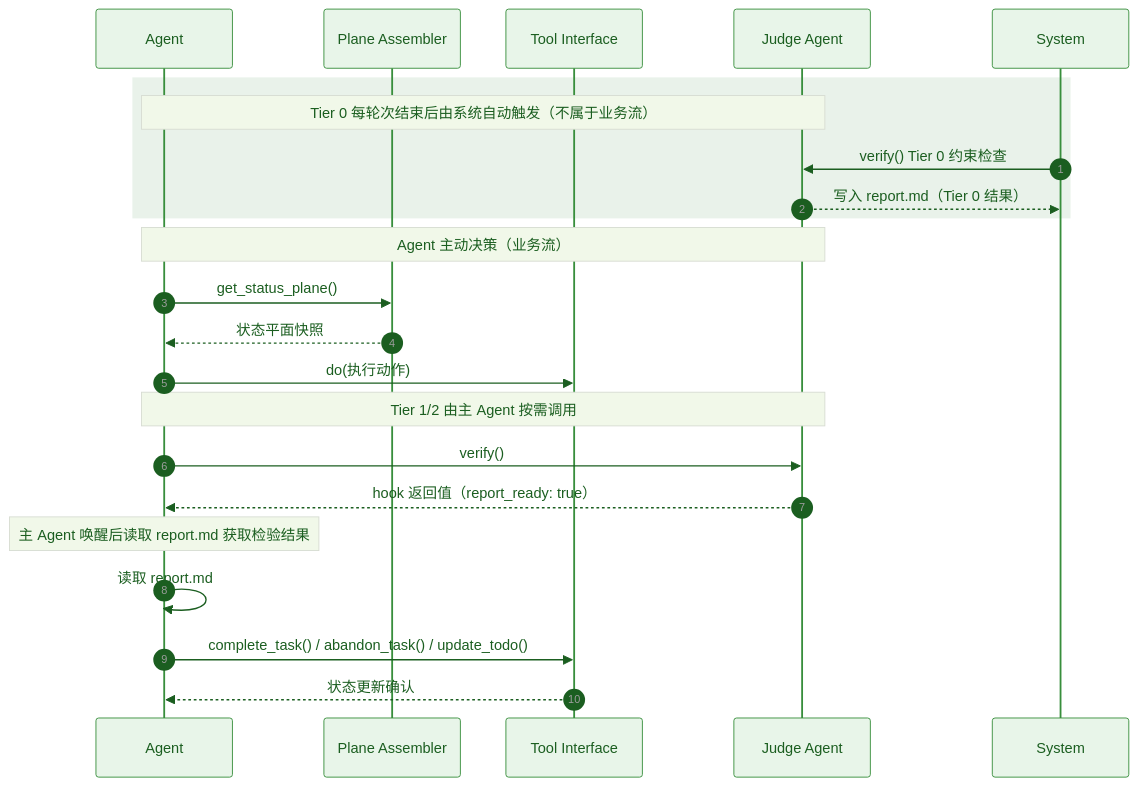
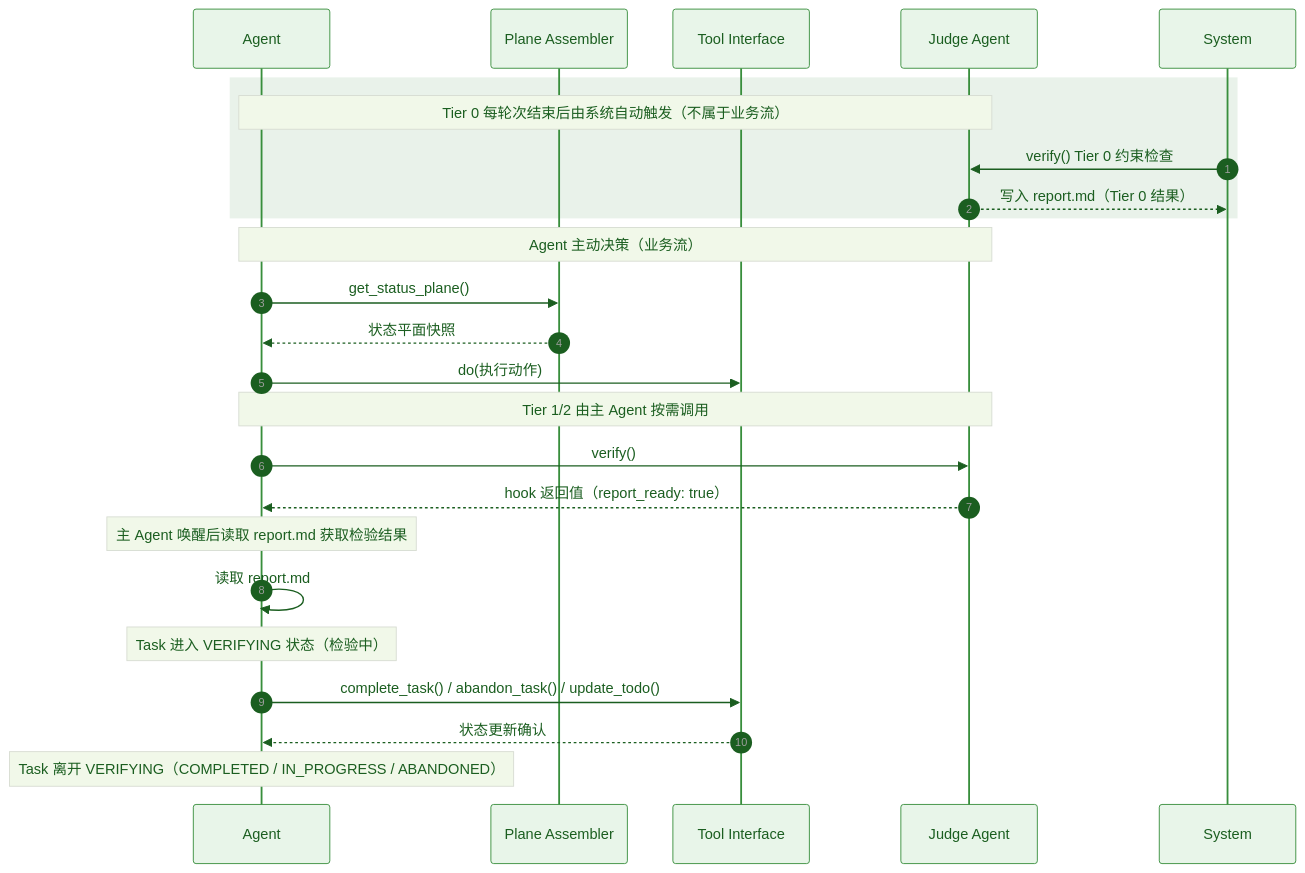
The third of 4 diagrams in docs/arch.md (Lazyn0tBug/mem0ress), drawn with Mermaid before and after one commit. The commit also changed other lines of this file, not shown here.

First line of the commit message:
refactor(arch): 对齐 spec 变更 — 增加状态机区分说明，序列图补充 VERIFYING 状态

````diff
--- a/docs/arch.md
+++ b/docs/arch.md
@@ -190,32 +243,34 @@
 ```mermaid
 %% label：Agent 驱动的业务闭环
 %%{ init: { 'theme': 'base', 'themeVariables': { 'primaryColor': '#e8f5e9', 'primaryTextColor': '#1b5e20', 'primaryBorderColor': '#388e3c', 'lineColor': '#616161', 'noteBkgColor': '#f1f8e9', 'noteTextColor': '#1b5e20' } } }%%
 sequenceDiagram
     autonumber
     participant Agent
     participant PA as Plane Assembler
     participant TI as Tool Interface
     participant JA as Judge Agent
 
     rect rgba(46, 125, 50, 0.1)
         Note over Agent,JA: Tier 0 每轮次结束后由系统自动触发（不属于业务流）
         System->>JA: verify() Tier 0 约束检查
         JA-->>System: 写入 report.md（Tier 0 结果）
     end
 
     Note over Agent,JA: Agent 主动决策（业务流）
     Agent->>PA: get_status_plane()
     PA-->>Agent: 状态平面快照
 
     Agent->>TI: do(执行动作)
 
     Note over Agent,JA: Tier 1/2 由主 Agent 按需调用
     Agent->>JA: verify()
     JA-->>Agent: hook 返回值（report_ready: true）
 
     Note over Agent: 主 Agent 唤醒后读取 report.md 获取检验结果
     Agent->>Agent: 读取 report.md
 
+    Note over Agent: Task 进入 VERIFYING 状态（检验中）
     Agent->>TI: complete_task() / abandon_task() / update_todo()
     TI-->>Agent: 状态更新确认
+    Note over Agent: Task 离开 VERIFYING（COMPLETED / IN_PROGRESS / ABANDONED）
 ```
````
